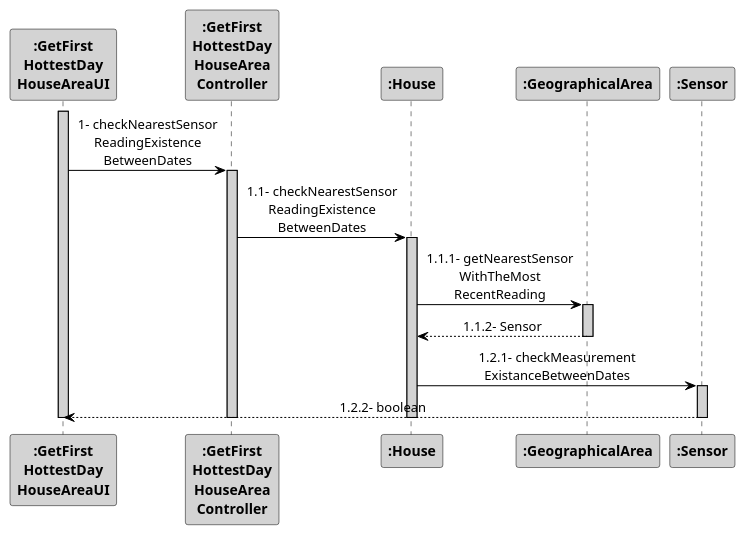
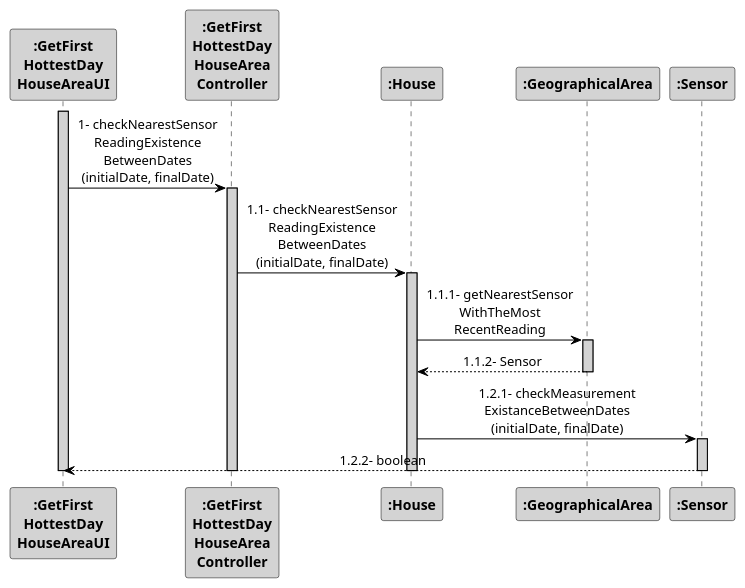
One commit to 1181687/hateoasToy changed the diagram in src/main/java/pt/ipp/isep/dei/project/controllers/getfirsthottestdayhouseareacontroller/SD_ref2_getFirstHottestDayHouseArea.puml. Above: the diagram before and after it, drawn with PlantUML. The commit also changed 2 other files, not shown here.

Commit message:
Addresses #121 - changes to sequence diagrams

```diff
--- a/src/main/java/pt/ipp/isep/dei/project/controllers/getfirsthottestdayhouseareacontroller/SD_ref2_getFirstHottestDayHouseArea.puml
+++ b/src/main/java/pt/ipp/isep/dei/project/controllers/getfirsthottestdayhouseareacontroller/SD_ref2_getFirstHottestDayHouseArea.puml
@@ -1,38 +1,38 @@
 @startuml
 skinparam sequenceMessageAlign center
 skinparam sequence {
     ArrowColor Black
     ActorBorderColor DarkBlue
     LifeLineBorderColor black
     LifeLineBackgroundColor LightGrey
 
     ParticipantBorderColor Black
     ParticipantBackgroundColor LightGrey
     ParticipantFontStyle Bold
 
     ActorBackgroundColor DimGrey
     ActorFontColor DeepSkyBlue
     ActorFontStyle Bold
     ActorFontSize 17
     ActorFontName Aapex
 }
 
 activate ":GetFirst\nHottestDay\nHouseAreaUI"
-":GetFirst\nHottestDay\nHouseAreaUI" -> ":GetFirst\nHottestDay\nHouseArea\nController": 1- checkNearestSensor\nReadingExistence\nBetweenDates
+":GetFirst\nHottestDay\nHouseAreaUI" -> ":GetFirst\nHottestDay\nHouseArea\nController": 1- checkNearestSensor\nReadingExistence\nBetweenDates\n(initialDate, finalDate)
 activate ":GetFirst\nHottestDay\nHouseArea\nController"
-":GetFirst\nHottestDay\nHouseArea\nController" -> ":House": 1.1- checkNearestSensor\nReadingExistence\nBetweenDates
+":GetFirst\nHottestDay\nHouseArea\nController" -> ":House": 1.1- checkNearestSensor\nReadingExistence\nBetweenDates\n(initialDate, finalDate)
 activate ":House"
 ":House" -> ":GeographicalArea": 1.1.1- getNearestSensor\nWithTheMost\nRecentReading
 activate ":GeographicalArea"
 ":GeographicalArea" --> ":House": 1.1.2- Sensor
 deactivate ":GeographicalArea"
-":House" -> ":Sensor": 1.2.1- checkMeasurement\nExistanceBetweenDates
+":House" -> ":Sensor": 1.2.1- checkMeasurement\nExistanceBetweenDates\n(initialDate, finalDate)
 activate ":Sensor"
 ":Sensor" --> ":GetFirst\nHottestDay\nHouseAreaUI": 1.2.2- boolean
 deactivate ":Sensor"
 
 deactivate ":House"
 deactivate ":GetFirst\nHottestDay\nHouseArea\nController"
 deactivate ":GetFirst\nHottestDay\nHouseAreaUI"
 
 @enduml
```
